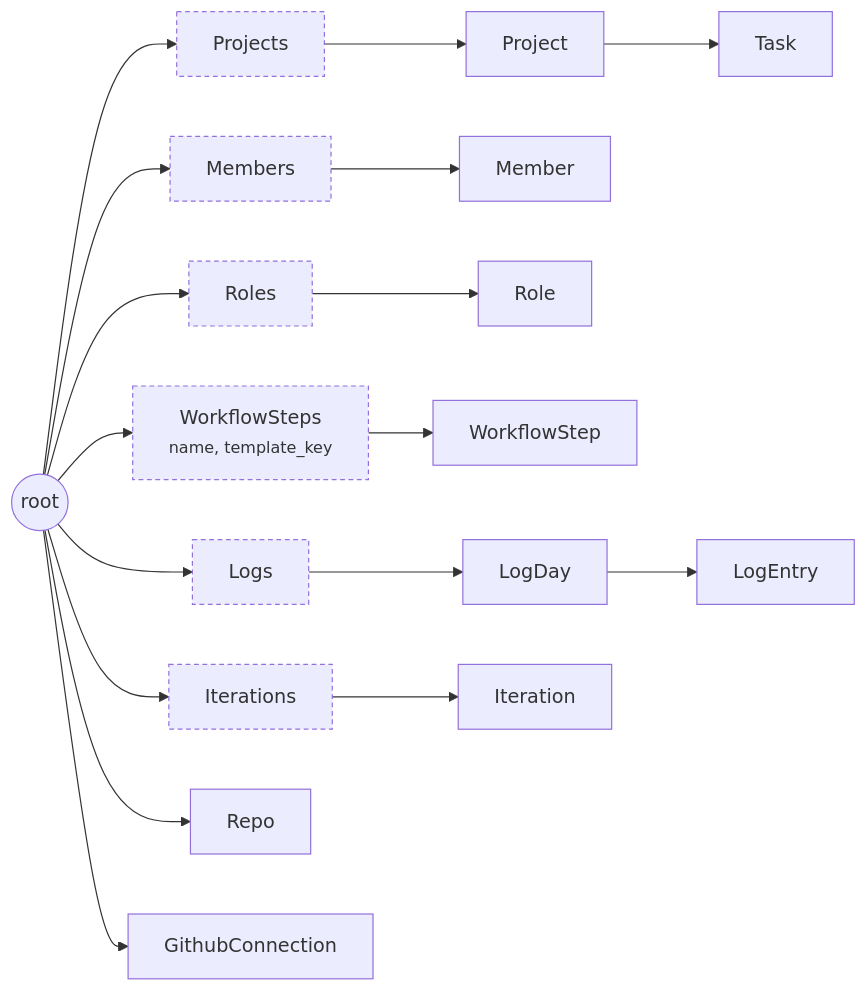
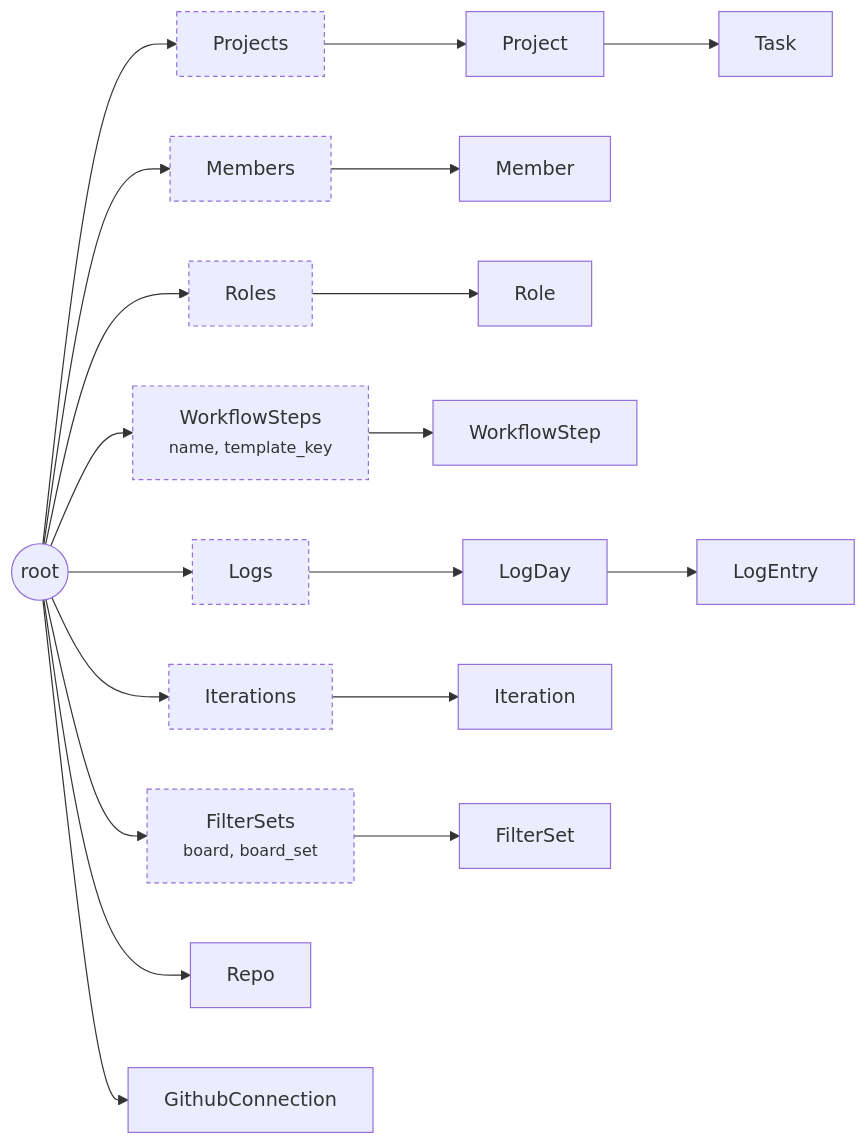
Before and after one commit to kashmithnisakya/flowline: the first of 2 diagrams in docs/content/concepts/data-graph.md, drawn with Mermaid. The commit also changed other lines of this file and 20 other files, not shown here.

First line of the commit message:
The board's filters follow the account, and a set of filters can be saved under a name

````diff
--- a/docs/content/concepts/data-graph.md
+++ b/docs/content/concepts/data-graph.md
@@ -14,15 +14,16 @@
 ```mermaid
 flowchart LR
     root(("root"))
     root --> projects["Projects"] --> project["Project"] --> task["Task"]
     root --> members["Members"] --> member["Member"]
     root --> roles["Roles"] --> role["Role"]
     root --> steps["WorkflowSteps<br/><small>name, template_key</small>"] --> step["WorkflowStep"]
     root --> logs["Logs"] --> day["LogDay"] --> entry["LogEntry"]
     root --> iterations["Iterations"] --> iteration["Iteration"]
+    root --> filtersets["FilterSets<br/><small>board, board_set</small>"] --> filterset["FilterSet"]
     root --> repo["Repo"]
     root --> conn["GithubConnection"]
 
     classDef box stroke-dasharray:4 3
-    class projects,members,roles,steps,logs,iterations box
+    class projects,members,roles,steps,logs,iterations,filtersets box
 ```
````
